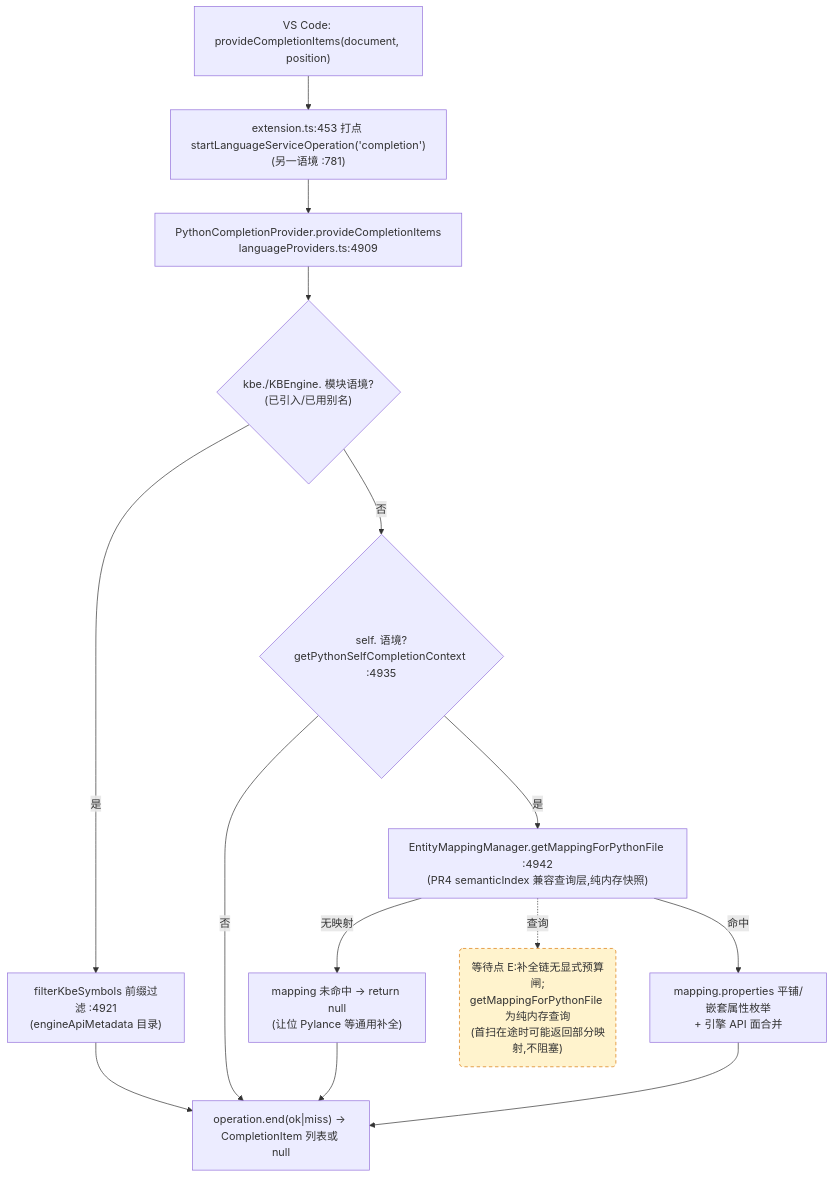
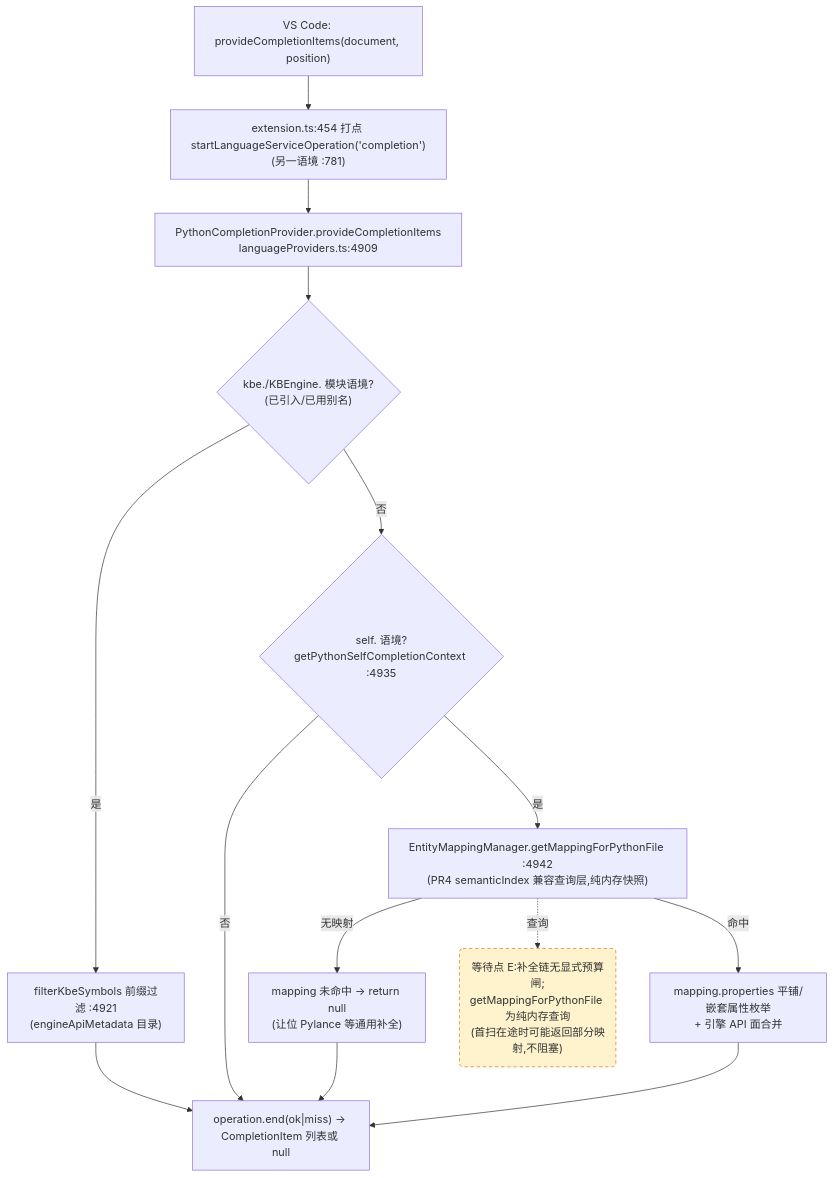
Before and after one commit to cuihairu/kode: the third of 4 diagrams in docs/perf/2026-baseline.md, drawn with Mermaid. The commit also changed other lines of this file and 13 other files, not shown here.

````diff
--- a/docs/perf/2026-baseline.md
+++ b/docs/perf/2026-baseline.md
@@ -182,27 +182,27 @@
 ```mermaid
 flowchart TD
   VC3["VS Code: provideCompletionItems(document, position)"]
-  M3["extension.ts:453 打点 startLanguageServiceOperation('completion')<br/>(另一语境 :781)"]
+  M3["extension.ts:454 打点 startLanguageServiceOperation('completion')<br/>(另一语境 :781)"]
   CP["PythonCompletionProvider.provideCompletionItems<br/>languageProviders.ts:4909"]
   KBEC{"kbe./KBEngine. 模块语境?<br/>(已引入/已用别名)"}
   FILTER["filterKbeSymbols 前缀过滤 :4921<br/>(engineApiMetadata 目录)"]
   SELFC{"self. 语境?<br/>getPythonSelfCompletionContext :4935"}
   MAP["EntityMappingManager.getMappingForPythonFile :4942<br/>(PR4 semanticIndex 兼容查询层,纯内存快照)"]
   NOMAP["mapping 未命中 → return null<br/>(让位 Pylance 等通用补全)"]
   PROPS["mapping.properties 平铺/嵌套属性枚举<br/>+ 引擎 API 面合并"]
   END3["operation.end(ok|miss) → CompletionItem 列表或 null"]
 
   VC3 --> M3 --> CP --> KBEC
   KBEC -- "是" --> FILTER --> END3
   KBEC -- "否" --> SELFC
   SELFC -- "否" --> END3
   SELFC -- "是" --> MAP
   MAP -- "无映射" --> NOMAP --> END3
   MAP -- "命中" --> PROPS --> END3
 
   WAITE("等待点 E:补全链无显式预算闸;<br/>getMappingForPythonFile 为纯内存查询<br/>(首扫在途时可能返回部分映射,不阻塞)")
   MAP -.->|查询| WAITE
 
   classDef waitPoint fill:#fff3cd,stroke:#d97706,stroke-dasharray:5 4;
   class WAITE waitPoint;
 ```
````
